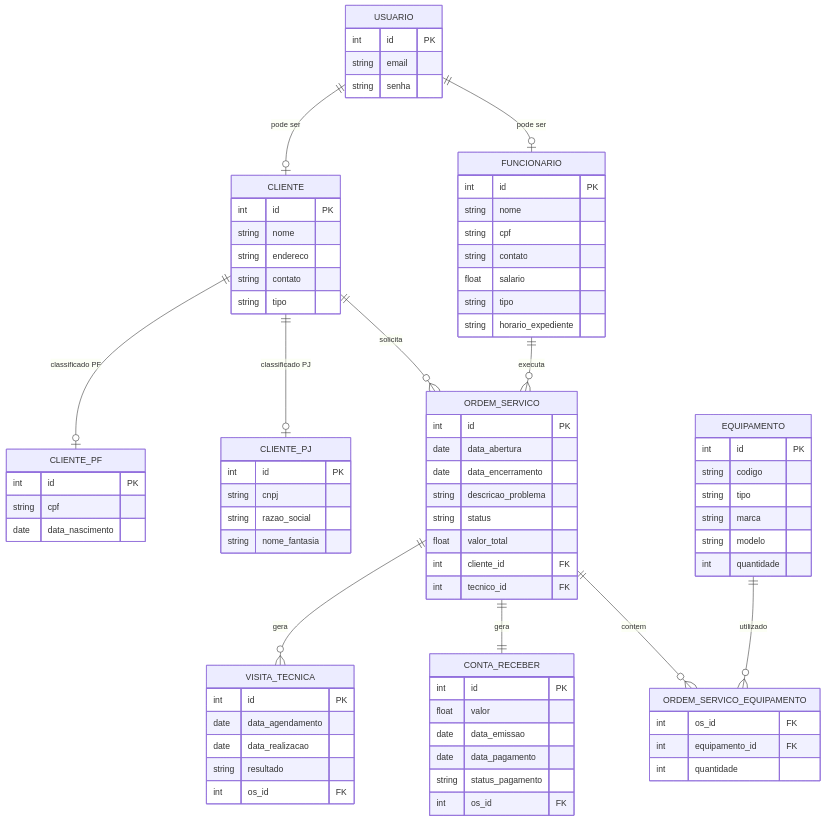
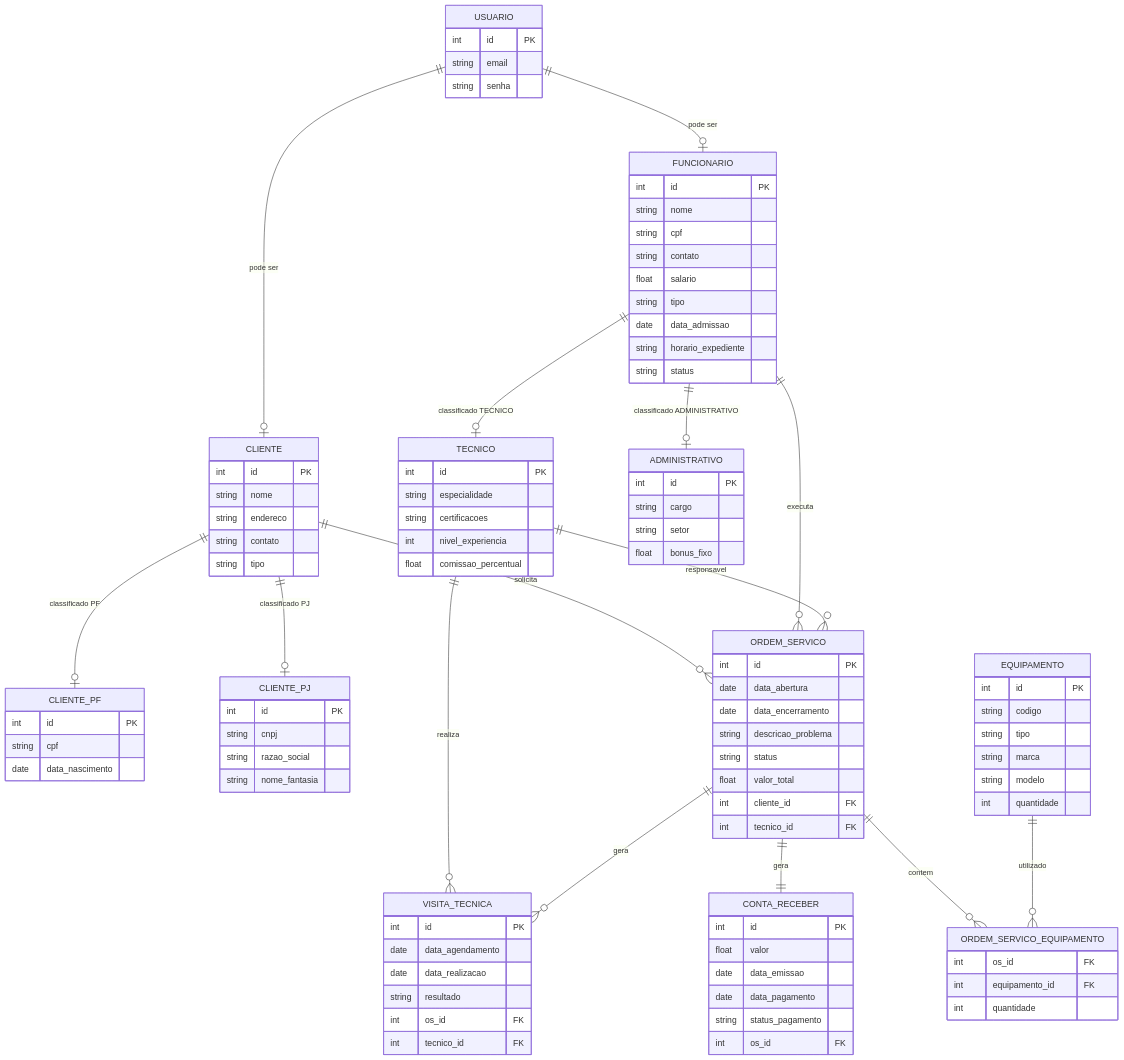
The diagram in docs/doc-modelos.md (mariana097/assistencia-tecnica), drawn with Mermaid before and after one commit. The commit also changed other lines of this file, not shown here.

```diff
--- a/docs/doc-modelos.md
+++ b/docs/doc-modelos.md
@@ -39,7 +39,24 @@
         string contato
         float salario
         string tipo
+        date data_admissao
         string horario_expediente
+        string status
+    }
+    
+    TECNICO {
+        int id PK
+        string especialidade
+        string certificacoes
+        int nivel_experiencia
+        float comissao_percentual
+    }
+    
+    ADMINISTRATIVO {
+        int id PK
+        string cargo
+        string setor
+        float bonus_fixo
     }
     
     ORDEM_SERVICO {
@@ -68,6 +85,7 @@
         date data_realizacao
         string resultado
         int os_id FK
+        int tecnico_id FK
     }
     
     CONTA_RECEBER {
@@ -89,8 +107,12 @@
     USUARIO ||--o| FUNCIONARIO : "pode ser"
     CLIENTE ||--o| CLIENTE_PF : "classificado PF"
     CLIENTE ||--o| CLIENTE_PJ : "classificado PJ"
+    FUNCIONARIO ||--o| TECNICO : "classificado TECNICO"
+    FUNCIONARIO ||--o| ADMINISTRATIVO : "classificado ADMINISTRATIVO"
     CLIENTE ||--o{ ORDEM_SERVICO : "solicita"
     FUNCIONARIO ||--o{ ORDEM_SERVICO : "executa"
+    TECNICO ||--o{ ORDEM_SERVICO : "responsavel"
+    TECNICO ||--o{ VISITA_TECNICA : "realiza"
     ORDEM_SERVICO ||--o{ VISITA_TECNICA : "gera"
     ORDEM_SERVICO ||--|| CONTA_RECEBER : "gera"
     ORDEM_SERVICO ||--o{ ORDEM_SERVICO_EQUIPAMENTO : "contem"
```
